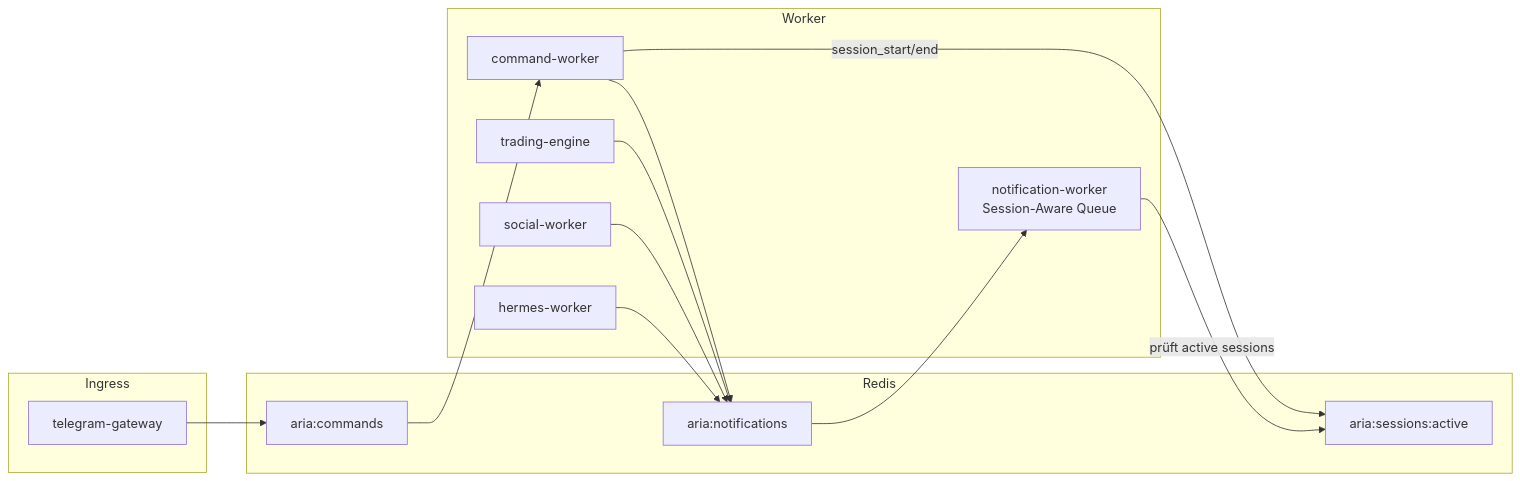
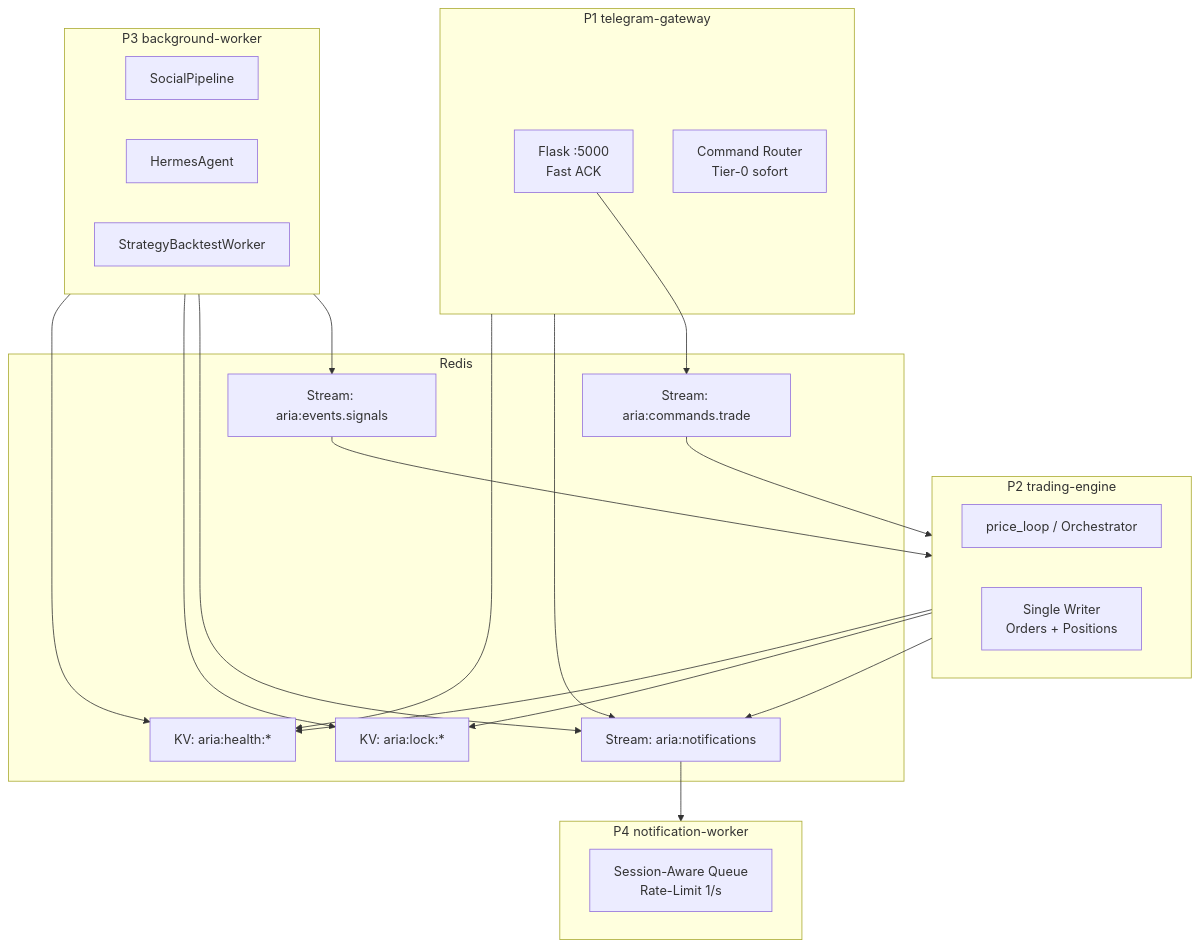
Before and after one commit to jholze/xagent-trading-bot: the first of 2 diagrams in ARCHITECTURE_PLAN.md, drawn with Mermaid. The commit also changed other lines of this file, not shown here.

First line of the commit message:
Revise architecture plan after Arena review

````diff
--- a/ARCHITECTURE_PLAN.md
+++ b/ARCHITECTURE_PLAN.md
@@ -42,26 +48,37 @@
 ```mermaid
-flowchart LR
-    subgraph ingress [Ingress]
-        TG[telegram-gateway]
+flowchart TB
+    subgraph redis [Redis]
+        CMDS["Stream: aria:commands.trade"]
+        NOTIFY["Stream: aria:notifications"]
+        SIGS["Stream: aria:events.signals"]
+        LOCKS["KV: aria:lock:*"]
+        HB["KV: aria:health:*"]
     end
 
-    subgraph redis [Redis]
-        CMDS[aria:commands]
-        NOTIF[aria:notifications]
-        SESSIONS[aria:sessions:active]
+    subgraph p1 [P1 telegram-gateway]
+        Flask[Flask :5000\nFast ACK]
+        CmdRoute[Command Router\nTier-0 sofort]
     end
 
-    subgraph workers [Worker]
-        CMDW[command-worker]
-        NOTIFW[notification-worker\nSession-Aware Queue]
-        TRADE[trading-engine]
-        SOCIAL[social-worker]
-        HERMES[hermes-worker]
+    subgraph p2 [P2 trading-engine]
+        Cycle[price_loop / Orchestrator]
+        Executor[Single Writer\nOrders + Positions]
     end
 
-    TG --> CMDS --> CMDW
-    CMDW & TRADE & SOCIAL & HERMES --> NOTIF
-    NOTIF --> NOTIFW
-    CMDW -->|"session_start/end"| SESSIONS
-    NOTIFW -->|"prüft active sessions"| SESSIONS
+    subgraph p3 [P3 background-worker]
+        Social[SocialPipeline]
+        Hermes[HermesAgent]
+        Backtest[StrategyBacktestWorker]
+    end
+
+    subgraph p4 [P4 notification-worker]
+        NotifQ[Session-Aware Queue\nRate-Limit 1/s]
+    end
+
+    Flask --> CMDS
+    CMDS --> p2
+    p3 --> SIGS --> p2
+    p1 & p2 & p3 --> NOTIFY --> p4
+    p2 & p3 --> LOCKS
+    p1 & p2 & p3 --> HB
 ```
````
